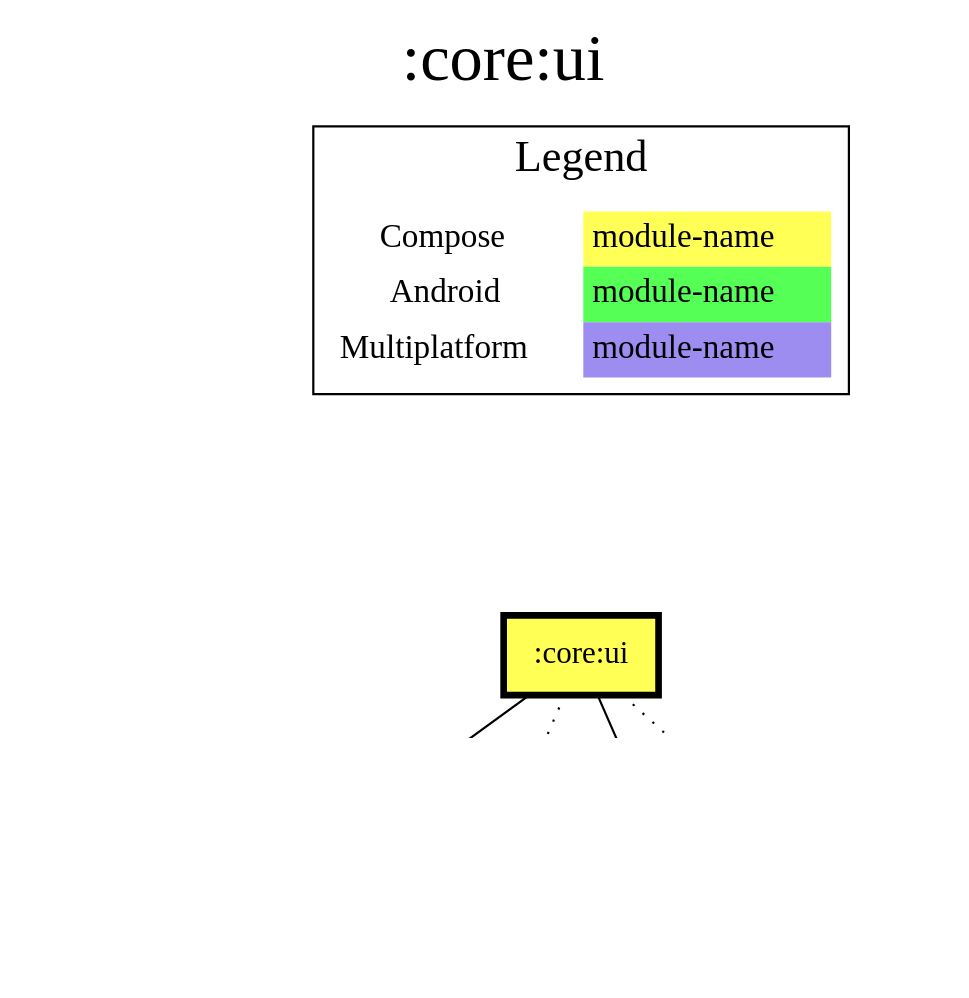
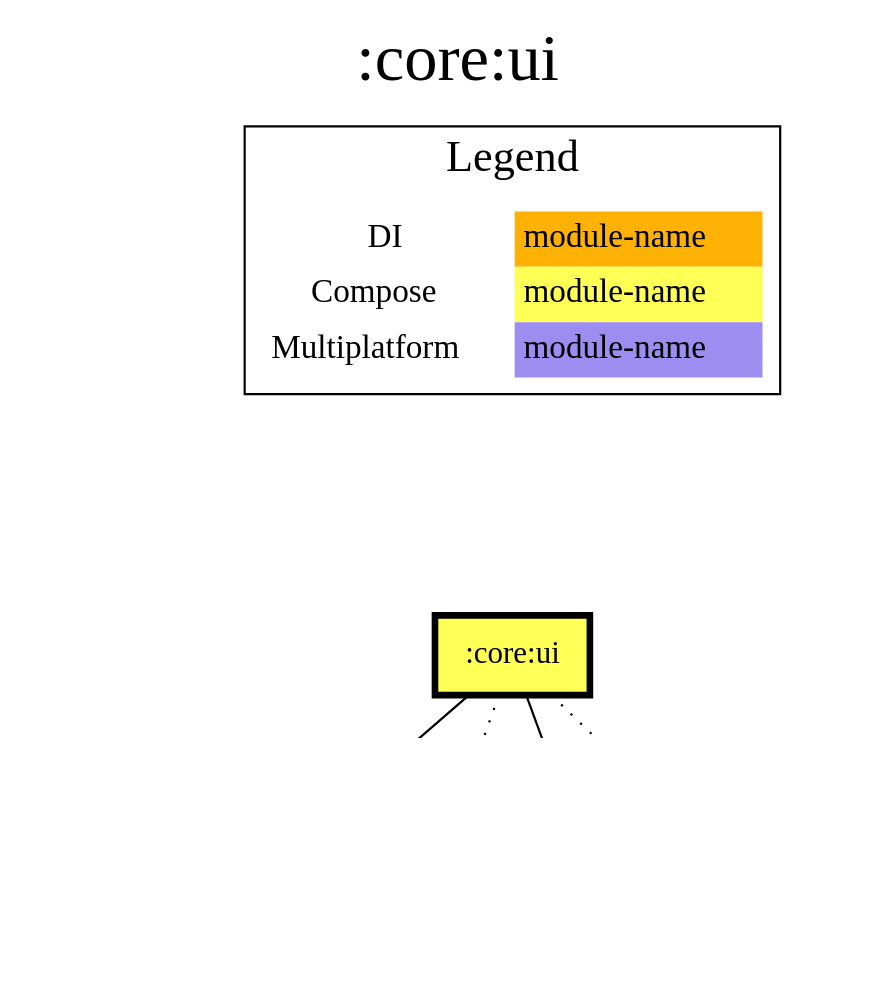
Before and after one commit to jonapoul/aktual: the diagram in modules/core/ui/modules.dot, drawn with Graphviz. The commit also changed 647 other files, not shown here.

```diff
--- a/modules/core/ui/modules.dot
+++ b/modules/core/ui/modules.dot
@@ -1,30 +1,30 @@
 digraph {
 edge ["dir"="forward"]
 graph ["dpi"="100","label"=":core:ui","labelloc"="t","fontsize"="30","ranksep"="1.5","rankdir"="TB"]
 node ["style"="filled"]
 ":budget:model" ["fillcolor"="#9D8DF1","shape"="none"]
-":core:android" ["fillcolor"="#55FF55","shape"="none"]
+":core:di" ["fillcolor"="#FCB103","shape"="none"]
 ":core:model" ["fillcolor"="#9D8DF1","shape"="none"]
 ":core:ui" ["fillcolor"="#FFFF55","color"="black","penwidth"="3","shape"="box"]
 ":l10n" ["fillcolor"="#9D8DF1","shape"="none"]
 {
 edge ["dir"="none"]
 graph ["rank"="same"]
 ":core:ui"
 }
 ":core:ui" -> ":budget:model"
-":core:ui" -> ":core:android" ["style"="dotted"]
+":core:ui" -> ":core:di" ["style"="dotted"]
 ":core:ui" -> ":core:model"
 ":core:ui" -> ":l10n" ["style"="dotted"]
 subgraph "cluster_legend" {
 edge ["dir"="none"]
 graph ["label"="Legend","fontsize"="20"]
 "Legend" ["style"="filled","fillcolor"="#FFFFFF","shape"="none","margin"="0","fontsize"="15","label"=<
 <TABLE BORDER="0" CELLBORDER="0" CELLSPACING="0" CELLPADDING="4">
+<TR><TD>DI</TD><TD BGCOLOR="#FCB103">module-name</TD></TR>
 <TR><TD>Compose</TD><TD BGCOLOR="#FFFF55">module-name</TD></TR>
-<TR><TD>Android</TD><TD BGCOLOR="#55FF55">module-name</TD></TR>
 <TR><TD>Multiplatform</TD><TD BGCOLOR="#9D8DF1">module-name</TD></TR>
 </TABLE>
 >]
 } -> ":core:ui" ["style"="invis"]
 }
```
